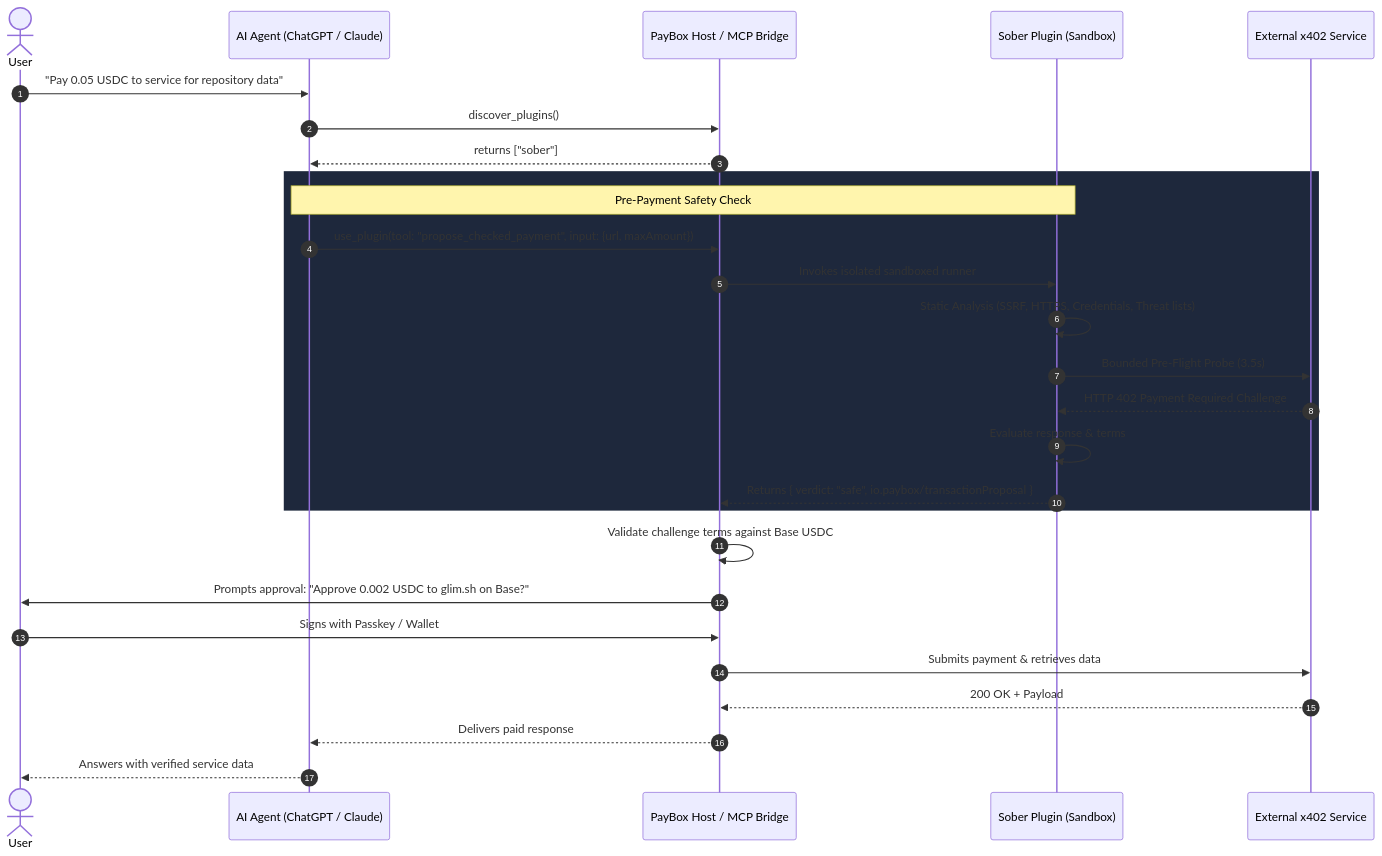
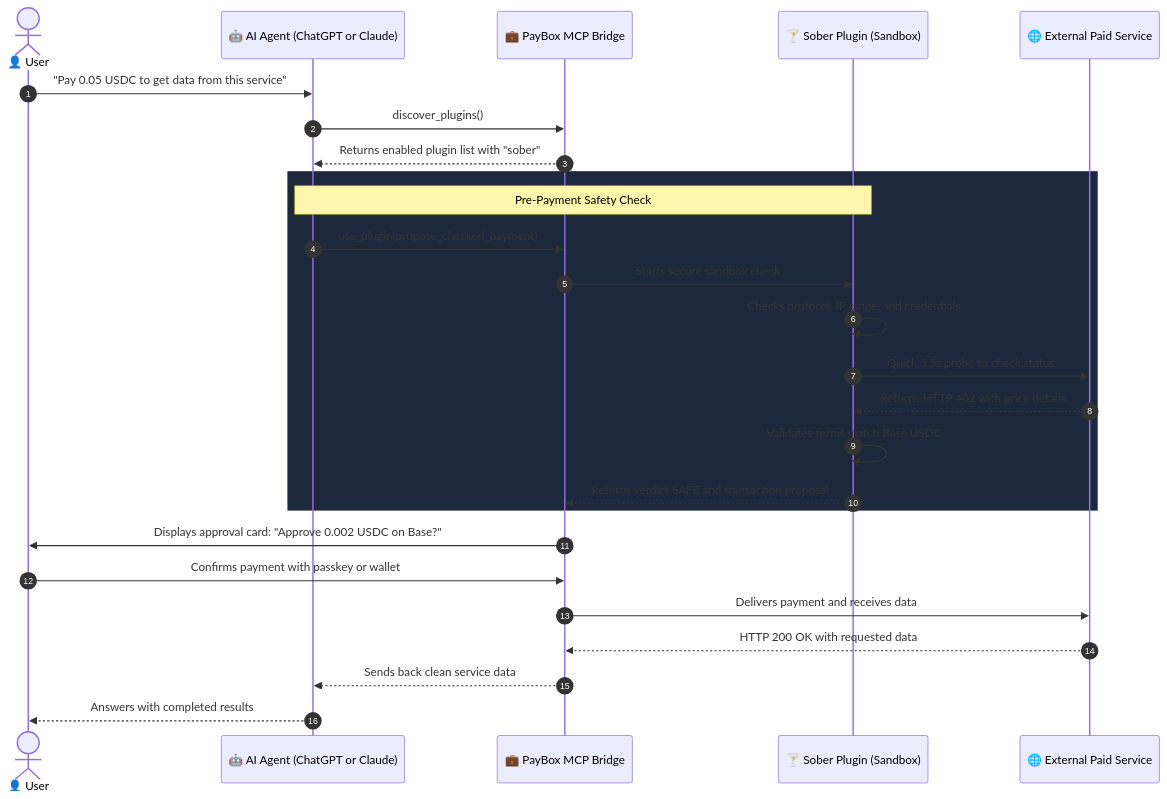
The second of 2 diagrams in README.md (Habuskid/sober), drawn with Mermaid before and after one commit. The commit also changed other lines of this file, not shown here.

Commit message:
docs: clean up README, remove em-dashes, add emojis and plain English explanations

````diff
--- a/README.md
+++ b/README.md
@@ -75,32 +85,31 @@
 ```mermaid
 sequenceDiagram
     autonumber
-    actor User
-    participant LLM as AI Agent (ChatGPT / Claude)
-    participant PayBox as PayBox Host / MCP Bridge
-    participant Sober as Sober Plugin (Sandbox)
-    participant Endpoint as External x402 Service
+    actor User as 👤 User
+    participant Agent as 🤖 AI Agent (ChatGPT or Claude)
+    participant PayBox as 💼 PayBox MCP Bridge
+    participant Sober as 🍸 Sober Plugin (Sandbox)
+    participant Service as 🌐 External Paid Service
     
-    User->>LLM: "Pay 0.05 USDC to service for repository data"
-    LLM->>PayBox: discover_plugins()
-    PayBox-->>LLM: returns ["sober"]
+    User->>Agent: "Pay 0.05 USDC to get data from this service"
+    Agent->>PayBox: discover_plugins()
+    PayBox-->>Agent: Returns enabled plugin list with "sober"
     
     rect rgb(30, 40, 60)
-    Note over LLM,Sober: Pre-Payment Safety Check
-    LLM->>PayBox: use_plugin(tool: "propose_checked_payment", input: {url, maxAmount})
-    PayBox->>Sober: Invokes isolated sandboxed runner
-    Sober->>Sober: Static Analysis (SSRF, HTTPS, Credentials, Threat lists)
-    Sober->>Endpoint: Bounded Pre-Flight Probe (3.5s)
-    Endpoint-->>Sober: HTTP 402 Payment Required Challenge
-    Sober->>Sober: Evaluate response & terms
-    Sober-->>PayBox: Returns { verdict: "safe", io.paybox/transactionProposal }
+    Note over Agent,Sober: Pre-Payment Safety Check
+    Agent->>PayBox: use_plugin(propose_checked_payment)
+    PayBox->>Sober: Starts secure sandbox check
+    Sober->>Sober: Checks protocol, IP range, and credentials
+    Sober->>Service: Quick 3.5s probe to check status
+    Service-->>Sober: Returns HTTP 402 with price details
+    Sober->>Sober: Validates terms match Base USDC
+    Sober-->>PayBox: Returns verdict SAFE and transaction proposal
     end
     
-    PayBox->>PayBox: Validate challenge terms against Base USDC
-    PayBox->>User: Prompts approval: "Approve 0.002 USDC to glim.sh on Base?"
-    User->>PayBox: Signs with Passkey / Wallet
-    PayBox->>Endpoint: Submits payment & retrieves data
-    Endpoint-->>PayBox: 200 OK + Payload
-    PayBox-->>LLM: Delivers paid response
-    LLM-->>User: Answers with verified service data
+    PayBox->>User: Displays approval card: "Approve 0.002 USDC on Base?"
+    User->>PayBox: Confirms payment with passkey or wallet
+    PayBox->>Service: Delivers payment and receives data
+    Service-->>PayBox: HTTP 200 OK with requested data
+    PayBox-->>Agent: Sends back clean service data
+    Agent-->>User: Answers with completed results
 ```
````
